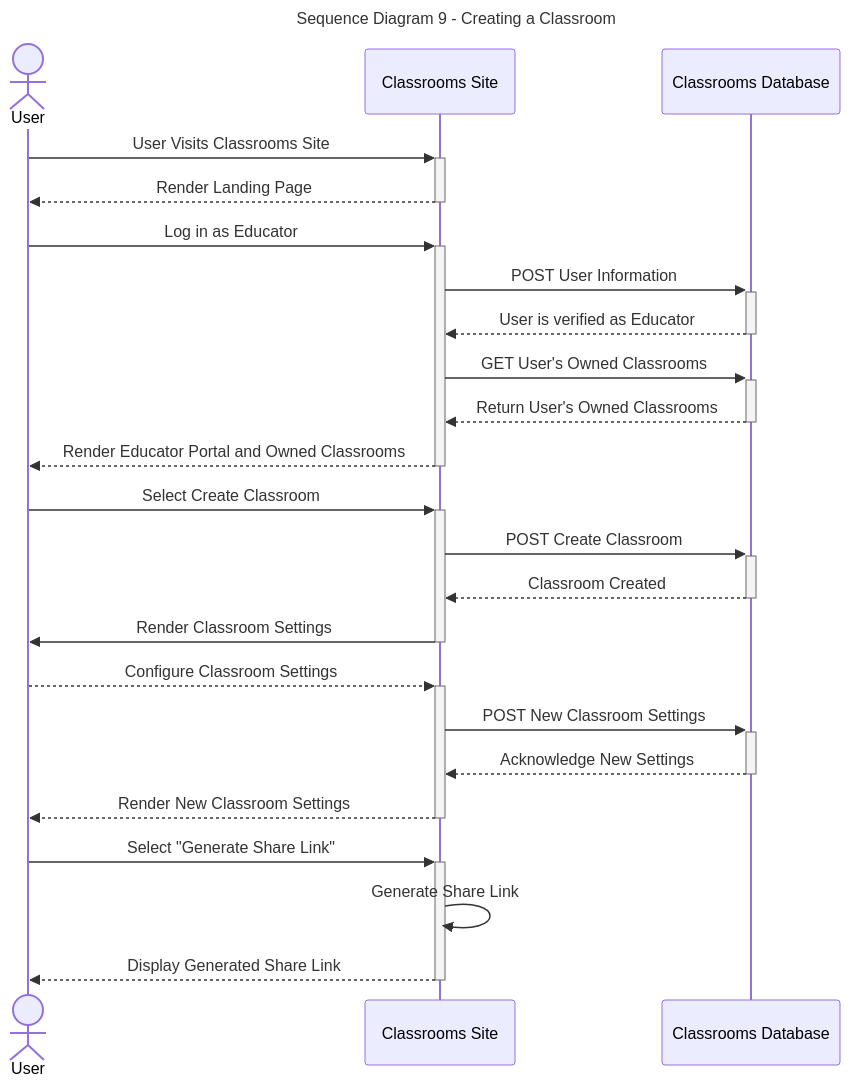
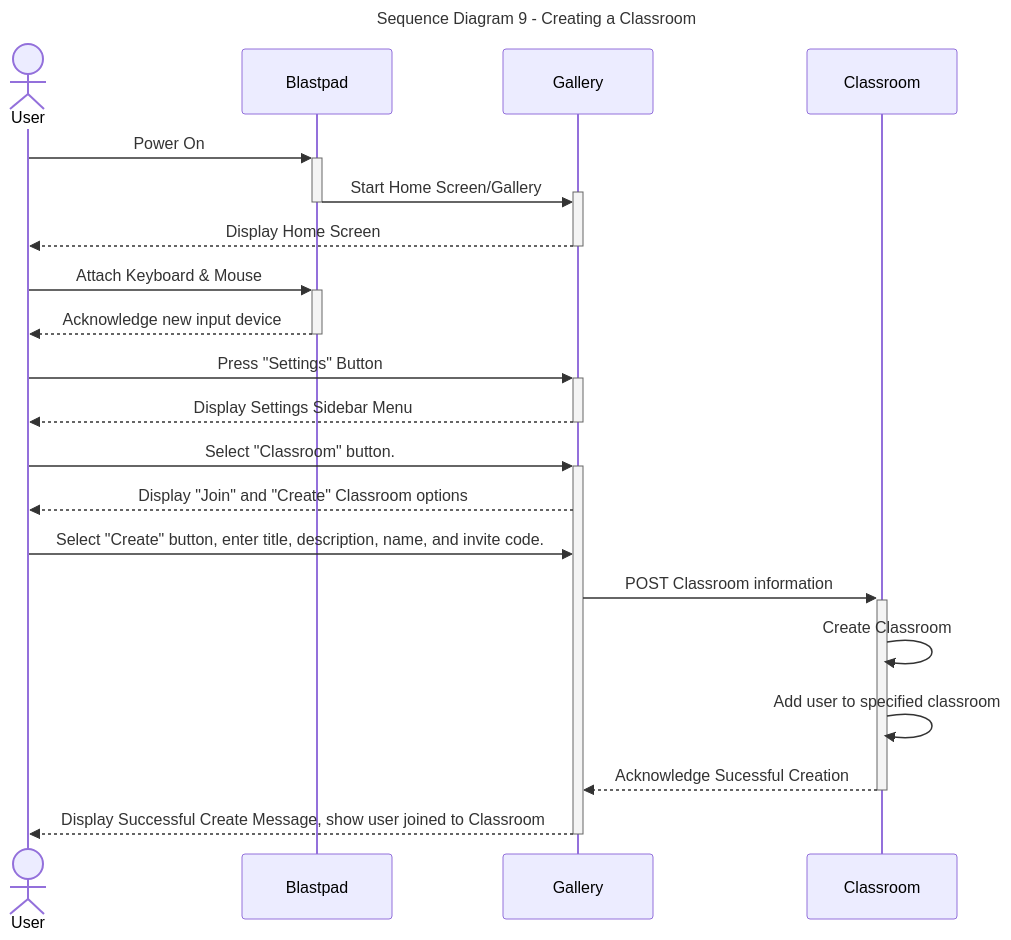
The eighth of 9 diagrams in documentation/docs/system-architecture/sequence-diagrams.md (Capstone-Projects-2024-Spring/project-blastpad), drawn with Mermaid before and after one commit. The commit also changed other lines of this file, not shown here.

Commit message:
Updated Use 9 and its sequence diagram. Removed Use Case 10 as it had a feature not implemented.

````diff
--- a/documentation/docs/system-architecture/sequence-diagrams.md
+++ b/documentation/docs/system-architecture/sequence-diagrams.md
@@ -312,30 +314,30 @@
 ```mermaid
 ---
 title: "Sequence Diagram 9 - Creating a Classroom"
 ---
 
 sequenceDiagram
 actor User
-User->>+Classrooms Site: User Visits Classrooms Site
-Classrooms Site-->>-User: Render Landing Page
-User->>+Classrooms Site: Log in as Educator
-Classrooms Site->>+Classrooms Database: POST User Information
-Classrooms Database-->>-Classrooms Site: User is verified as Educator
-Classrooms Site->>+Classrooms Database: GET User's Owned Classrooms
-Classrooms Database-->>-Classrooms Site: Return User's Owned Classrooms
-Classrooms Site-->>-User: Render Educator Portal and Owned Classrooms
+User->>+Blastpad: Power On
+Blastpad->>+Gallery: Start Home Screen/Gallery
+deactivate Blastpad	
+Gallery-->>-User: Display Home Screen
+
+User->>+Blastpad: Attach Keyboard & Mouse
+Blastpad-->>-User: Acknowledge new input device
 
 
-User->>+Classrooms Site: Select Create Classroom
-Classrooms Site->>+Classrooms Database: POST Create Classroom
-Classrooms Database-->>-Classrooms Site: Classroom Created
-Classrooms Site->>-User: Render Classroom Settings
-User-->>+Classrooms Site: Configure Classroom Settings
-Classrooms Site->>+Classrooms Database: POST New Classroom Settings
-Classrooms Database-->>-Classrooms Site: Acknowledge New Settings
-Classrooms Site-->>-User: Render New Classroom Settings
-User->>+Classrooms Site: Select "Generate Share Link"
-Classrooms Site->>Classrooms Site: Generate Share Link
-Classrooms Site-->>-User: Display Generated Share Link
+User->>+Gallery: Press "Settings" Button
+Gallery-->>-User: Display Settings Sidebar Menu
+User->>+Gallery: Select "Classroom" button.
+Gallery-->>User: Display "Join" and "Create" Classroom options
+User->>Gallery: Select "Create" button, enter title, description, name, and invite code.
+
+Gallery->>+Classroom: POST Classroom information
+Classroom->>Classroom: Create Classroom
+Classroom->>Classroom: Add user to specified classroom
+Classroom-->>-Gallery: Acknowledge Sucessful Creation
+Gallery-->>-User: Display Successful Create Message, show user joined to Classroom
+
 
 ```
````
